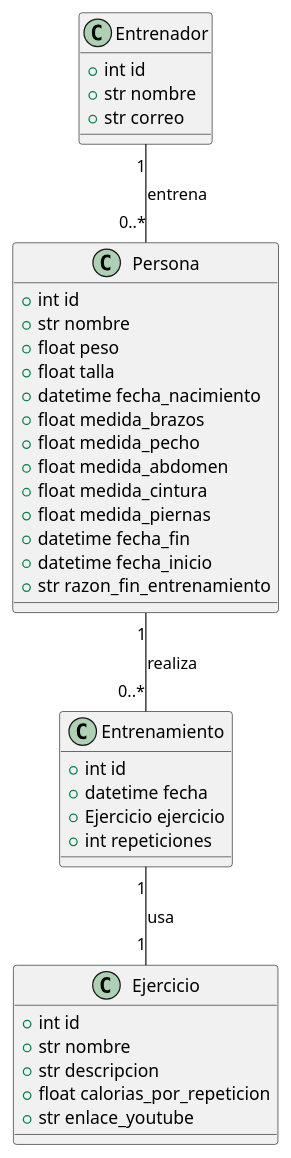
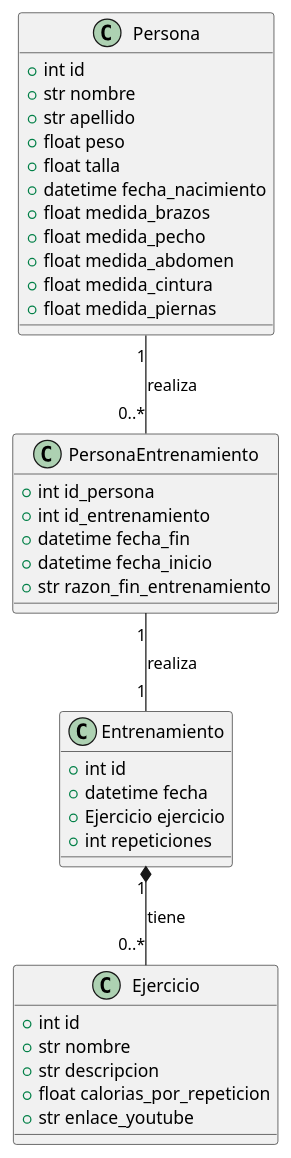
Before and after one commit to ehhurtadoc-uniandes/practicas-esenciales-software-agilismo: the diagram in EnForma.puml, drawn with PlantUML. The commit also changed 1 other file, not shown here.

```diff
--- a/EnForma.puml
+++ b/EnForma.puml
@@ -1,44 +1,44 @@
 @startuml
-
-class Entrenador {
-  +int id
-  +str nombre
-  +str correo
-}
 
 class Persona {
   +int id
   +str nombre
+  +str apellido
   +float peso
   +float talla
   +datetime fecha_nacimiento
   +float medida_brazos
   +float medida_pecho
   +float medida_abdomen
   +float medida_cintura
   +float medida_piernas
+}
+
+class PersonaEntrenamiento {
+  +int id_persona
+  +int id_entrenamiento
   +datetime fecha_fin
   +datetime fecha_inicio
   +str razon_fin_entrenamiento
+}
+
+class Entrenamiento {
+  +int id
+  +datetime fecha
+  +Ejercicio ejercicio
+  +int repeticiones
 }
 
 class Ejercicio {
   +int id
   +str nombre
   +str descripcion
   +float calorias_por_repeticion
   +str enlace_youtube
 }
 
-class Entrenamiento {
-  +int id
-  +datetime fecha
-  +Ejercicio ejercicio
-  +int repeticiones
-}
-
-Entrenador "1" -- "0..*" Persona : entrena
-Persona "1" -- "0..*" Entrenamiento : realiza
-Entrenamiento "1" -- "1" Ejercicio : usa
+Persona "1" -- "0..*" PersonaEntrenamiento : realiza
+PersonaEntrenamiento "1" -- "1" Entrenamiento : realiza
+Entrenamiento "1" *-- "0..*" Ejercicio : tiene
 
 @enduml
```
